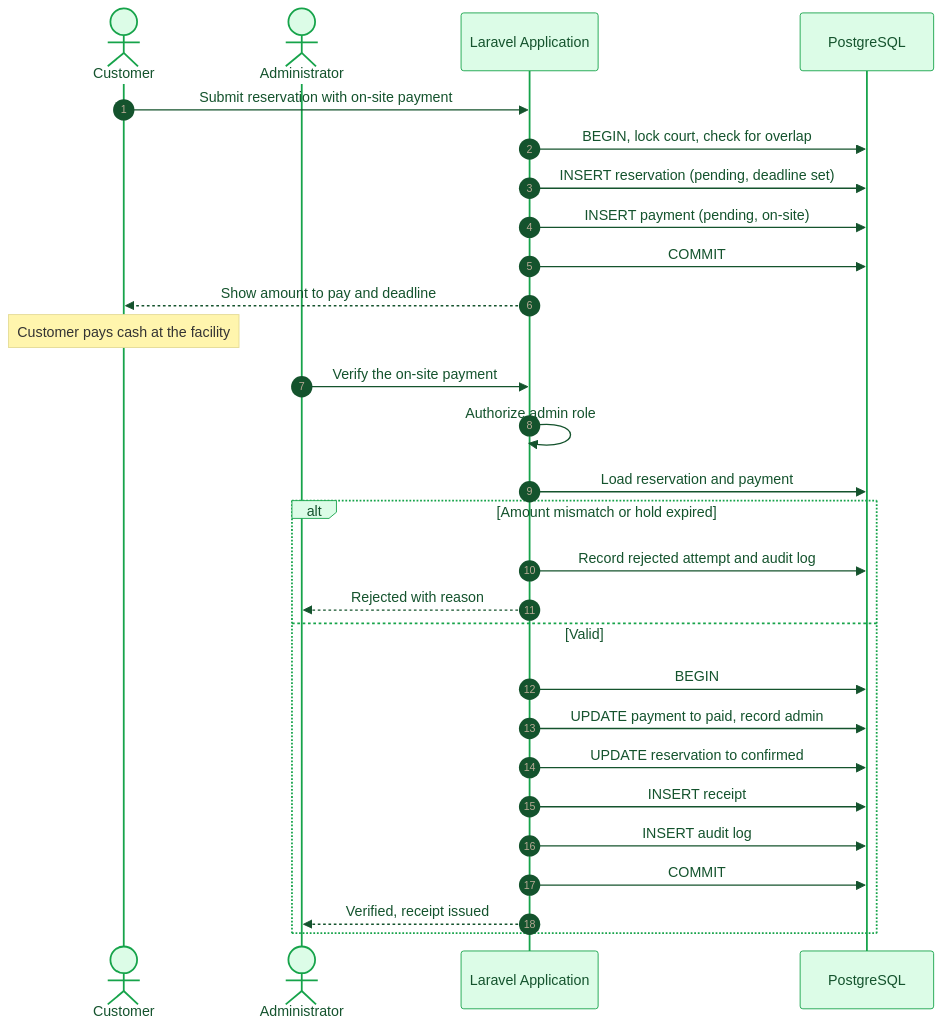
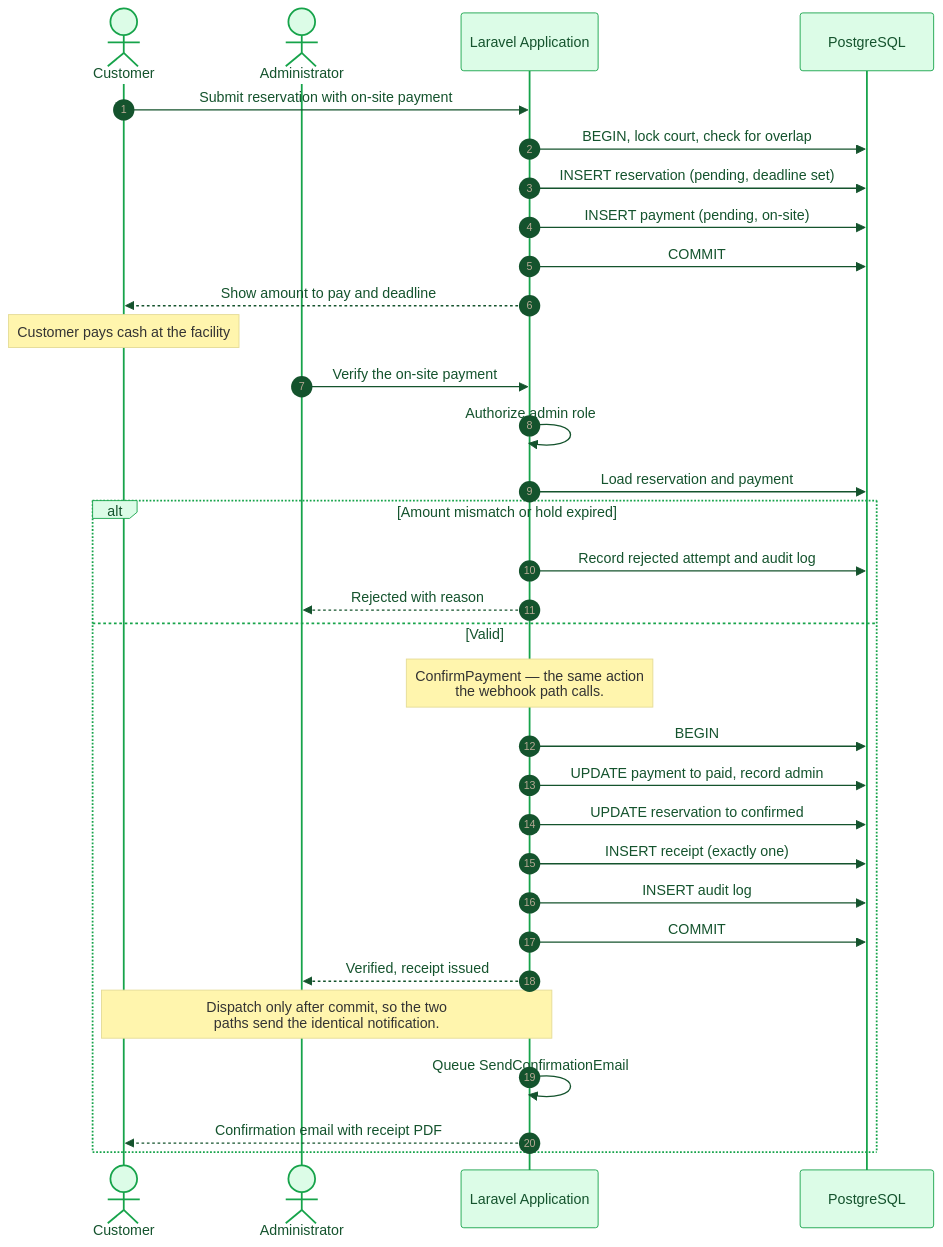
One commit to Ruzz-1010/Private-Sports-Court-Reservation-System changed the fourth of 4 diagrams in docs/planning/ARCHITECTURE_DIAGRAMS.md. Above: the diagram before and after it, drawn with Mermaid. The commit also changed other lines of this file and 6 other files, not shown here.

````diff
--- a/docs/planning/ARCHITECTURE_DIAGRAMS.md
+++ b/docs/planning/ARCHITECTURE_DIAGRAMS.md
@@ -172,34 +186,38 @@
 ```mermaid
 %%{init: {"theme":"base","themeVariables":{"background":"#FFFFFF","primaryColor":"#DCFCE7","primaryTextColor":"#14532D","primaryBorderColor":"#16A34A","lineColor":"#475569","fontFamily":"Arial"}}}%%
 sequenceDiagram
     autonumber
     actor C as Customer
     actor ADM as Administrator
     participant A as Laravel Application
     participant D as PostgreSQL
 
     C->>A: Submit reservation with on-site payment
     A->>D: BEGIN, lock court, check for overlap
     A->>D: INSERT reservation (pending, deadline set)
     A->>D: INSERT payment (pending, on-site)
     A->>D: COMMIT
     A-->>C: Show amount to pay and deadline
 
     Note over C: Customer pays cash at the facility
 
     ADM->>A: Verify the on-site payment
     A->>A: Authorize admin role
     A->>D: Load reservation and payment
     alt Amount mismatch or hold expired
         A->>D: Record rejected attempt and audit log
         A-->>ADM: Rejected with reason
     else Valid
+        Note over A: ConfirmPayment — the same action<br/>the webhook path calls.
         A->>D: BEGIN
         A->>D: UPDATE payment to paid, record admin
         A->>D: UPDATE reservation to confirmed
-        A->>D: INSERT receipt
+        A->>D: INSERT receipt (exactly one)
         A->>D: INSERT audit log
         A->>D: COMMIT
         A-->>ADM: Verified, receipt issued
+        Note over A,C: Dispatch only after commit, so the two<br/>paths send the identical notification.
+        A->>A: Queue SendConfirmationEmail
+        A-->>C: Confirmation email with receipt PDF
     end
 ```
````
